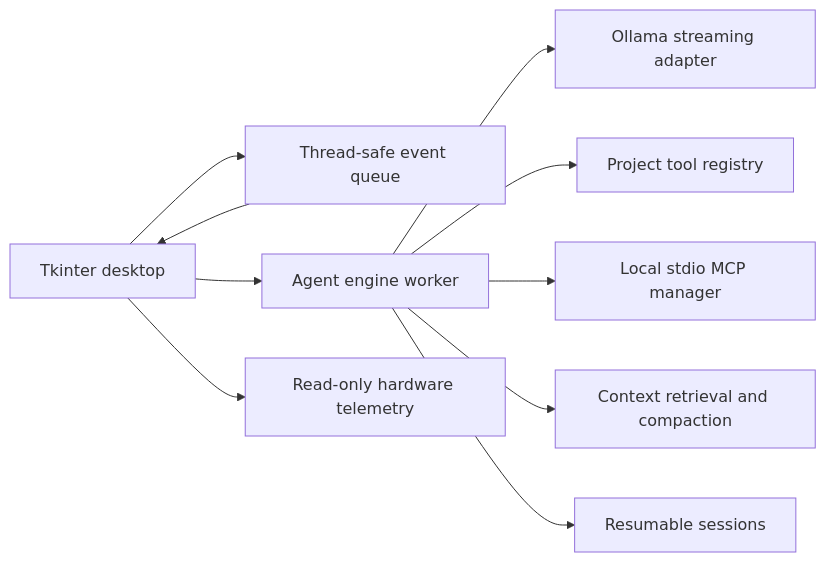
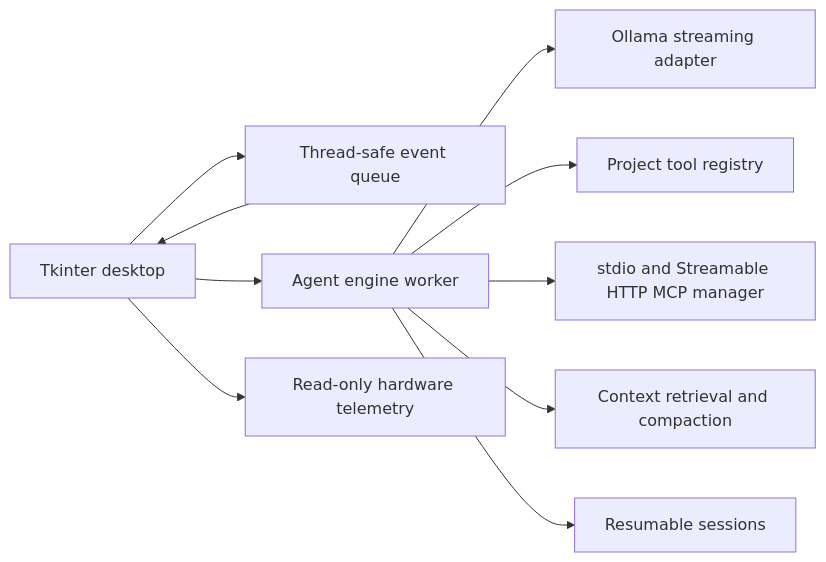
Before and after one commit to MrNova420/local-agent-workbench-core: the diagram in README.md, drawn with Mermaid. The commit also changed other lines of this file, not shown here.

Commit message:
docs: document secure remote MCP support

````diff
--- a/README.md
+++ b/README.md
@@ -42,12 +42,12 @@
 ```mermaid
 flowchart LR
   UI[Tkinter desktop] --> Q[Thread-safe event queue]
   Q --> UI
   UI --> E[Agent engine worker]
   E --> O[Ollama streaming adapter]
   E --> T[Project tool registry]
-  E --> M[Local stdio MCP manager]
+  E --> M[stdio and Streamable HTTP MCP manager]
   E --> C[Context retrieval and compaction]
   E --> S[Resumable sessions]
   UI --> H[Read-only hardware telemetry]
 ```
````
